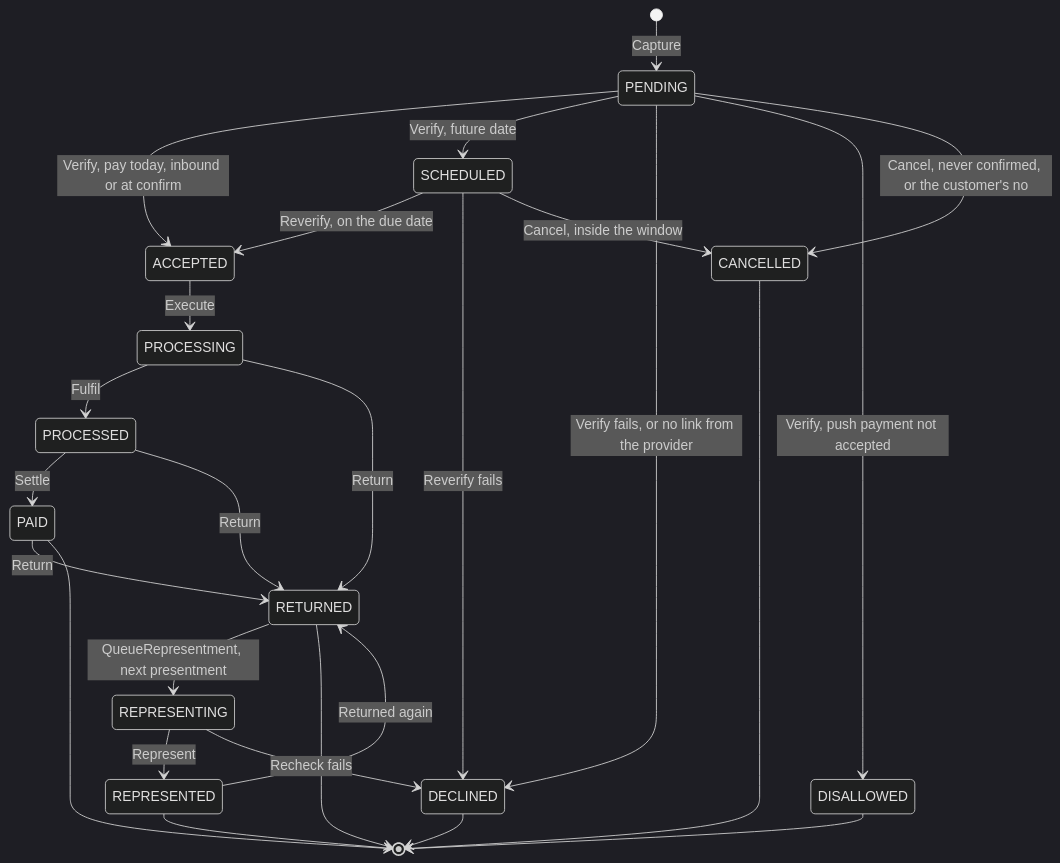
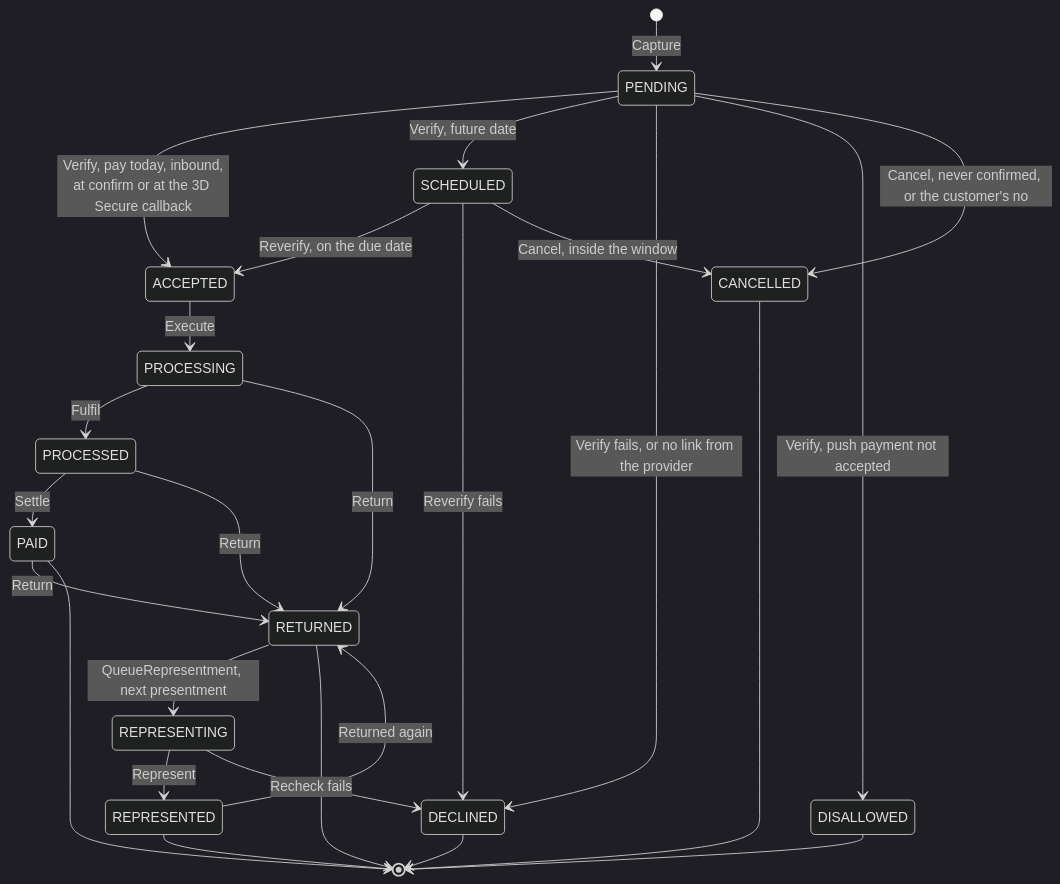
The first of 2 diagrams in website/docs/design/payment-state-model.md (arunav-bhattacharya/billpay-book), drawn with Mermaid (dark theme) before and after one commit. The commit also changed other lines of this file and 40 other files, not shown here.

First line of the commit message:
Pay by Debit card: 3D Secure, the authorization, and no clearing for card and bank transfer

````diff
--- a/website/docs/design/payment-state-model.md
+++ b/website/docs/design/payment-state-model.md
@@ -23,34 +23,34 @@
 ```mermaid
 ---
 config:
   nodeSpacing: 40
   rankSpacing: 34
 ---
 stateDiagram-v2
   direction TB
   [*] --> PENDING: Capture
-  PENDING --> ACCEPTED: Verify, pay today, inbound or at confirm
+  PENDING --> ACCEPTED: Verify, pay today, inbound,<br/>at confirm or at the 3D Secure callback
   PENDING --> SCHEDULED: Verify, future date
   PENDING --> DECLINED: Verify fails, or no link from the provider
   PENDING --> DISALLOWED: Verify, push payment not accepted
   PENDING --> CANCELLED: Cancel, never confirmed, or the customer's no
   SCHEDULED --> ACCEPTED: Reverify, on the due date
   SCHEDULED --> DECLINED: Reverify fails
   SCHEDULED --> CANCELLED: Cancel, inside the window
   ACCEPTED --> PROCESSING: Execute
   PROCESSING --> PROCESSED: Fulfil
   PROCESSED --> PAID: Settle
   PROCESSING --> RETURNED: Return
   PROCESSED --> RETURNED: Return
   PAID --> RETURNED: Return
   RETURNED --> REPRESENTING: QueueRepresentment, next presentment
   REPRESENTING --> REPRESENTED: Represent
   REPRESENTING --> DECLINED: Recheck fails
   REPRESENTED --> RETURNED: Returned again
   PAID --> [*]
   RETURNED --> [*]
   REPRESENTED --> [*]
   DECLINED --> [*]
   CANCELLED --> [*]
   DISALLOWED --> [*]
 ```
````
